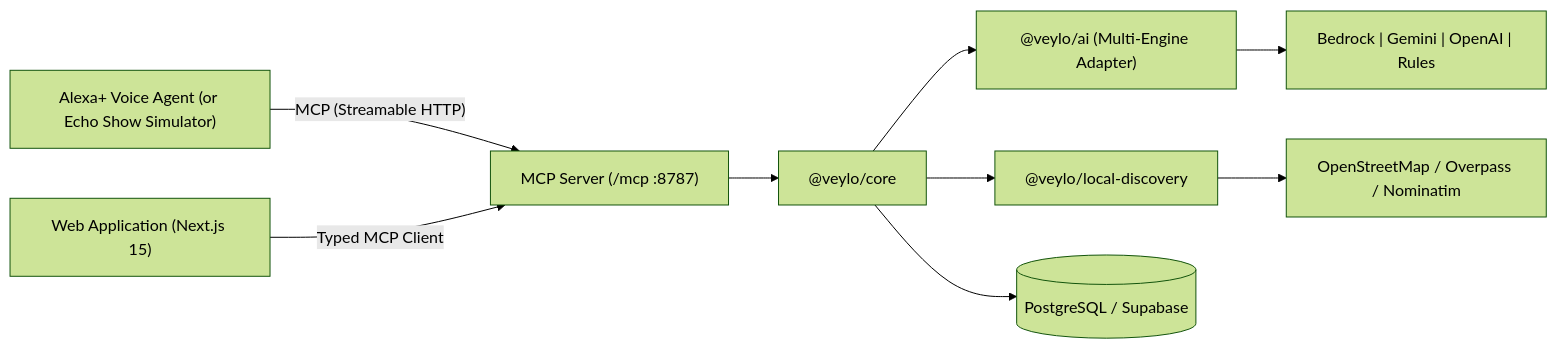
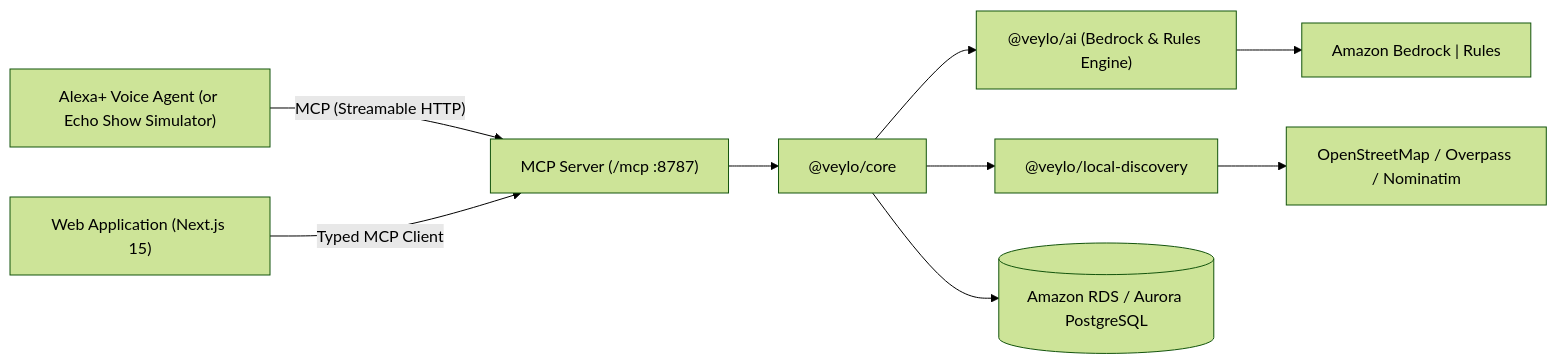
One commit to NOBA235/veylo changed the diagram in docs/architecture.md. Above: the diagram before and after it, drawn with Mermaid (forest theme). The commit also changed other lines of this file and 14 other files, not shown here.

First line of the commit message:
feat(aws): migrate to pure AWS architecture with Amazon Polly, Bedrock, and RDS

````diff
--- a/docs/architecture.md
+++ b/docs/architecture.md
@@ -5,11 +5,11 @@
 ```mermaid
 flowchart LR
   A["Alexa+ Voice Agent (or Echo Show Simulator)"] -->|"MCP (Streamable HTTP)"| M
   W["Web Application (Next.js 15)"] -->|"Typed MCP Client"| M
   M["MCP Server (/mcp :8787)"] --> C["@veylo/core"]
-  C --> AI["@veylo/ai (Multi-Engine Adapter)"]
+  C --> AI["@veylo/ai (Bedrock & Rules Engine)"]
   C --> LD["@veylo/local-discovery"]
-  C --> DB[("PostgreSQL / Supabase")]
-  AI --> P["Bedrock | Gemini | OpenAI | Rules"]
+  C --> DB[("Amazon RDS / Aurora PostgreSQL")]
+  AI --> P["Amazon Bedrock | Rules"]
   LD --> O["OpenStreetMap / Overpass / Nominatim"]
 ```
````
